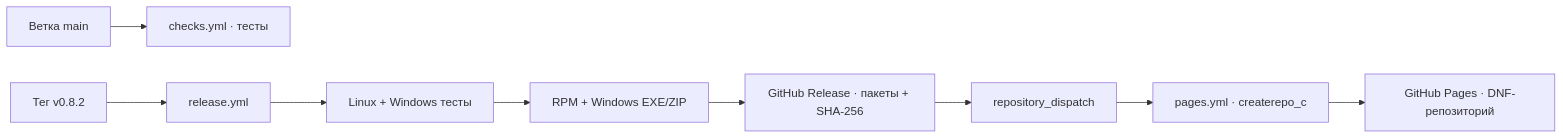
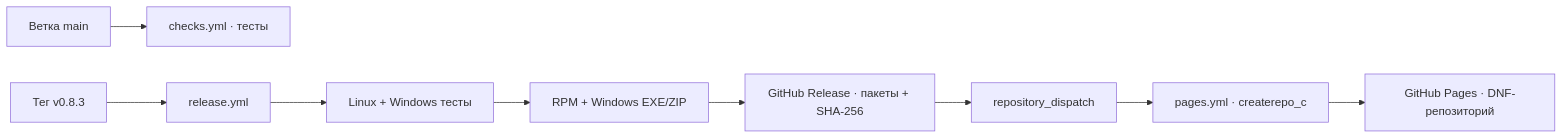
The second of 3 diagrams in PROGRAM_MAP.md (Kostya5232/naps3-redos), drawn with Mermaid before and after one commit. The commit also changed other lines of this file and 7 other files, not shown here.

````diff
--- a/PROGRAM_MAP.md
+++ b/PROGRAM_MAP.md
@@ -83,11 +83,11 @@
 ```mermaid
 flowchart LR
     MainBranch["Ветка main"] --> Checks["checks.yml · тесты"]
-    Tag["Тег v0.8.2"] --> Release["release.yml"]
+    Tag["Тег v0.8.3"] --> Release["release.yml"]
     Release --> Tests["Linux + Windows тесты"]
     Tests --> Build["RPM + Windows EXE/ZIP"]
     Build --> Assets["GitHub Release · пакеты + SHA-256"]
     Assets --> Dispatch["repository_dispatch"]
     Dispatch --> Pages["pages.yml · createrepo_c"]
     Pages --> DNF["GitHub Pages · DNF-репозиторий"]
 ```
````
